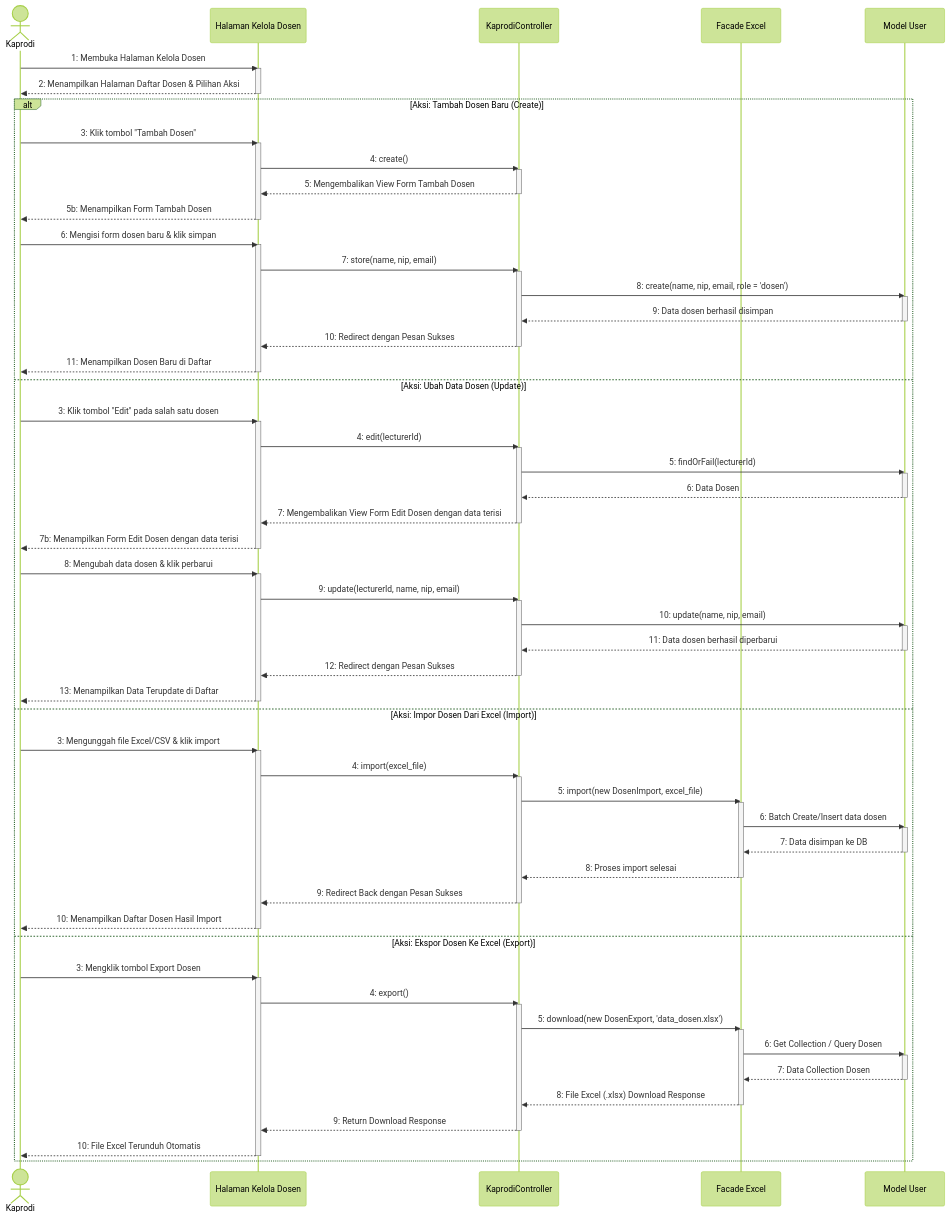
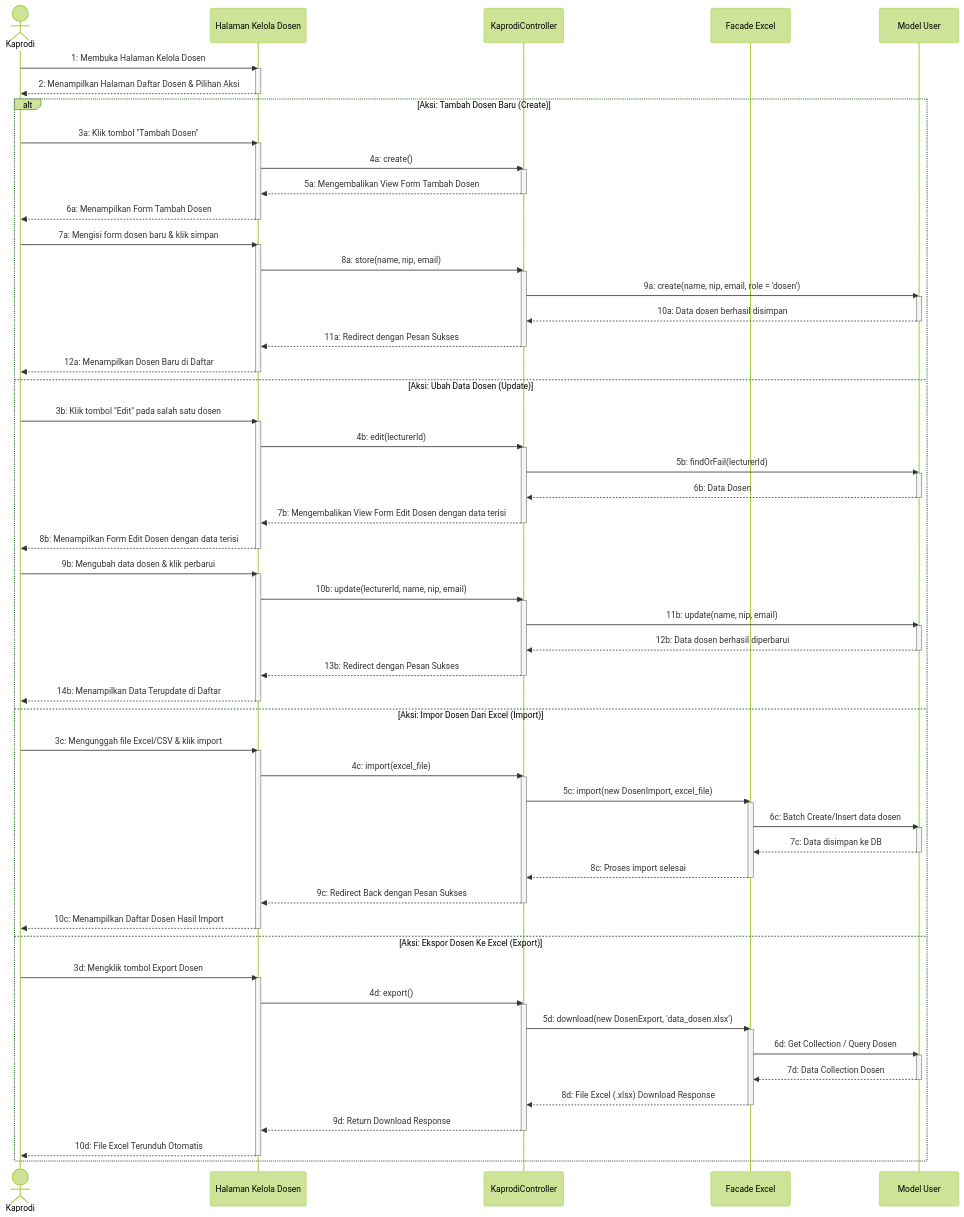
The diagram in docs/uml/Sequence Diagram/Kaprodi/sequence_diagram_kelola_dosen.md (Duandi04/ta_submission), drawn with Mermaid (forest theme) before and after one commit. The commit also changed 7 other files, not shown here.

Commit message:
refactor: reindex sequence diagram step identifiers for consistency across all user and administrative flows

````diff
--- a/docs/uml/Sequence Diagram/Kaprodi/sequence_diagram_kelola_dosen.md
+++ b/docs/uml/Sequence Diagram/Kaprodi/sequence_diagram_kelola_dosen.md
@@ -22,89 +22,89 @@
     %% TAHAP LANJUTAN: PILIHAN TINDAKAN (ALT BLOCK)
     %% ==========================================
     alt Aksi: Tambah Dosen Baru (Create)
-        Kaprodi->>UI: 3: Klik tombol "Tambah Dosen"
+        Kaprodi->>UI: 3a: Klik tombol "Tambah Dosen"
         activate UI
-        UI->>Ctrl: 4: create()
+        UI->>Ctrl: 4a: create()
         activate Ctrl
-        Ctrl-->>UI: 5: Mengembalikan View Form Tambah Dosen
+        Ctrl-->>UI: 5a: Mengembalikan View Form Tambah Dosen
         deactivate Ctrl
-        UI-->>Kaprodi: 5b: Menampilkan Form Tambah Dosen
+        UI-->>Kaprodi: 6a: Menampilkan Form Tambah Dosen
         deactivate UI
         
-        Kaprodi->>UI: 6: Mengisi form dosen baru & klik simpan
+        Kaprodi->>UI: 7a: Mengisi form dosen baru & klik simpan
         activate UI
-        UI->>Ctrl: 7: store(name, nip, email)
+        UI->>Ctrl: 8a: store(name, nip, email)
         activate Ctrl
-        Ctrl->>Model: 8: create(name, nip, email, role = 'dosen')
+        Ctrl->>Model: 9a: create(name, nip, email, role = 'dosen')
         activate Model
-        Model-->>Ctrl: 9: Data dosen berhasil disimpan
+        Model-->>Ctrl: 10a: Data dosen berhasil disimpan
         deactivate Model
-        Ctrl-->>UI: 10: Redirect dengan Pesan Sukses
+        Ctrl-->>UI: 11a: Redirect dengan Pesan Sukses
         deactivate Ctrl
-        UI-->>Kaprodi: 11: Menampilkan Dosen Baru di Daftar
+        UI-->>Kaprodi: 12a: Menampilkan Dosen Baru di Daftar
         deactivate UI
 
     else Aksi: Ubah Data Dosen (Update)
-        Kaprodi->>UI: 3: Klik tombol "Edit" pada salah satu dosen
+        Kaprodi->>UI: 3b: Klik tombol "Edit" pada salah satu dosen
         activate UI
-        UI->>Ctrl: 4: edit(lecturerId)
+        UI->>Ctrl: 4b: edit(lecturerId)
         activate Ctrl
-        Ctrl->>Model: 5: findOrFail(lecturerId)
+        Ctrl->>Model: 5b: findOrFail(lecturerId)
         activate Model
-        Model-->>Ctrl: 6: Data Dosen
+        Model-->>Ctrl: 6b: Data Dosen
         deactivate Model
-        Ctrl-->>UI: 7: Mengembalikan View Form Edit Dosen dengan data terisi
+        Ctrl-->>UI: 7b: Mengembalikan View Form Edit Dosen dengan data terisi
         deactivate Ctrl
-        UI-->>Kaprodi: 7b: Menampilkan Form Edit Dosen dengan data terisi
+        UI-->>Kaprodi: 8b: Menampilkan Form Edit Dosen dengan data terisi
         deactivate UI
 
-        Kaprodi->>UI: 8: Mengubah data dosen & klik perbarui
+        Kaprodi->>UI: 9b: Mengubah data dosen & klik perbarui
         activate UI
-        UI->>Ctrl: 9: update(lecturerId, name, nip, email)
+        UI->>Ctrl: 10b: update(lecturerId, name, nip, email)
         activate Ctrl
-        Ctrl->>Model: 10: update(name, nip, email)
+        Ctrl->>Model: 11b: update(name, nip, email)
         activate Model
-        Model-->>Ctrl: 11: Data dosen berhasil diperbarui
+        Model-->>Ctrl: 12b: Data dosen berhasil diperbarui
         deactivate Model
-        Ctrl-->>UI: 12: Redirect dengan Pesan Sukses
+        Ctrl-->>UI: 13b: Redirect dengan Pesan Sukses
         deactivate Ctrl
-        UI-->>Kaprodi: 13: Menampilkan Data Terupdate di Daftar
+        UI-->>Kaprodi: 14b: Menampilkan Data Terupdate di Daftar
         deactivate UI
 
     else Aksi: Impor Dosen Dari Excel (Import)
-        Kaprodi->>UI: 3: Mengunggah file Excel/CSV & klik import
+        Kaprodi->>UI: 3c: Mengunggah file Excel/CSV & klik import
         activate UI
-        UI->>Ctrl: 4: import(excel_file)
+        UI->>Ctrl: 4c: import(excel_file)
         activate Ctrl
-        Ctrl->>Excel: 5: import(new DosenImport, excel_file)
+        Ctrl->>Excel: 5c: import(new DosenImport, excel_file)
         activate Excel
-        Excel->>Model: 6: Batch Create/Insert data dosen
+        Excel->>Model: 6c: Batch Create/Insert data dosen
         activate Model
-        Model-->>Excel: 7: Data disimpan ke DB
+        Model-->>Excel: 7c: Data disimpan ke DB
         deactivate Model
-        Excel-->>Ctrl: 8: Proses import selesai
+        Excel-->>Ctrl: 8c: Proses import selesai
         deactivate Excel
-        Ctrl-->>UI: 9: Redirect Back dengan Pesan Sukses
+        Ctrl-->>UI: 9c: Redirect Back dengan Pesan Sukses
         deactivate Ctrl
-        UI-->>Kaprodi: 10: Menampilkan Daftar Dosen Hasil Import
+        UI-->>Kaprodi: 10c: Menampilkan Daftar Dosen Hasil Import
         deactivate UI
 
     else Aksi: Ekspor Dosen Ke Excel (Export)
-        Kaprodi->>UI: 3: Mengklik tombol Export Dosen
+        Kaprodi->>UI: 3d: Mengklik tombol Export Dosen
         activate UI
-        UI->>Ctrl: 4: export()
+        UI->>Ctrl: 4d: export()
         activate Ctrl
-        Ctrl->>Excel: 5: download(new DosenExport, 'data_dosen.xlsx')
+        Ctrl->>Excel: 5d: download(new DosenExport, 'data_dosen.xlsx')
         activate Excel
-        Excel->>Model: 6: Get Collection / Query Dosen
+        Excel->>Model: 6d: Get Collection / Query Dosen
         activate Model
-        Model-->>Excel: 7: Data Collection Dosen
+        Model-->>Excel: 7d: Data Collection Dosen
         deactivate Model
-        Excel-->>Ctrl: 8: File Excel (.xlsx) Download Response
+        Excel-->>Ctrl: 8d: File Excel (.xlsx) Download Response
         deactivate Excel
-        Ctrl-->>UI: 9: Return Download Response
+        Ctrl-->>UI: 9d: Return Download Response
         deactivate Ctrl
-        UI-->>Kaprodi: 10: File Excel Terunduh Otomatis
+        UI-->>Kaprodi: 10d: File Excel Terunduh Otomatis
         deactivate UI
     end
 ```
````
